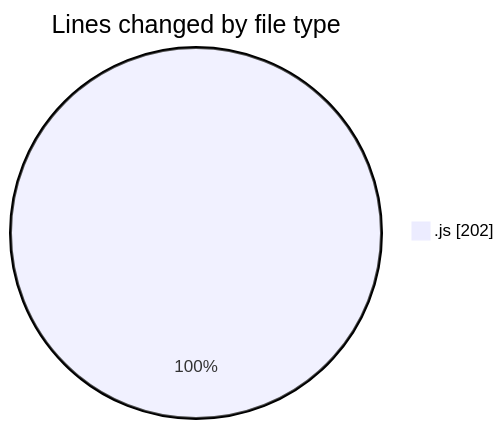
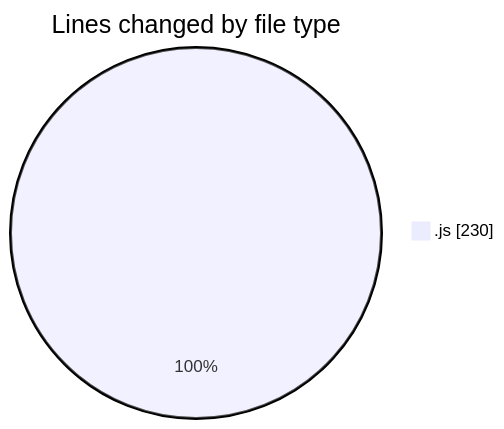
Before and after one commit to Ritupan-Deka/code-tracking: the first of 2 diagrams in 2025-07-17/mern-workoutboard/README.md, drawn with Mermaid. The commit also changed other lines of this file and 1 other file, not shown here.

````diff
--- a/2025-07-17/mern-workoutboard/README.md
+++ b/2025-07-17/mern-workoutboard/README.md
@@ -21,5 +21,5 @@
 ```mermaid
 pie showData
 title Lines changed by file type
-".js" : 202
+".js" : 230
 ```
````
